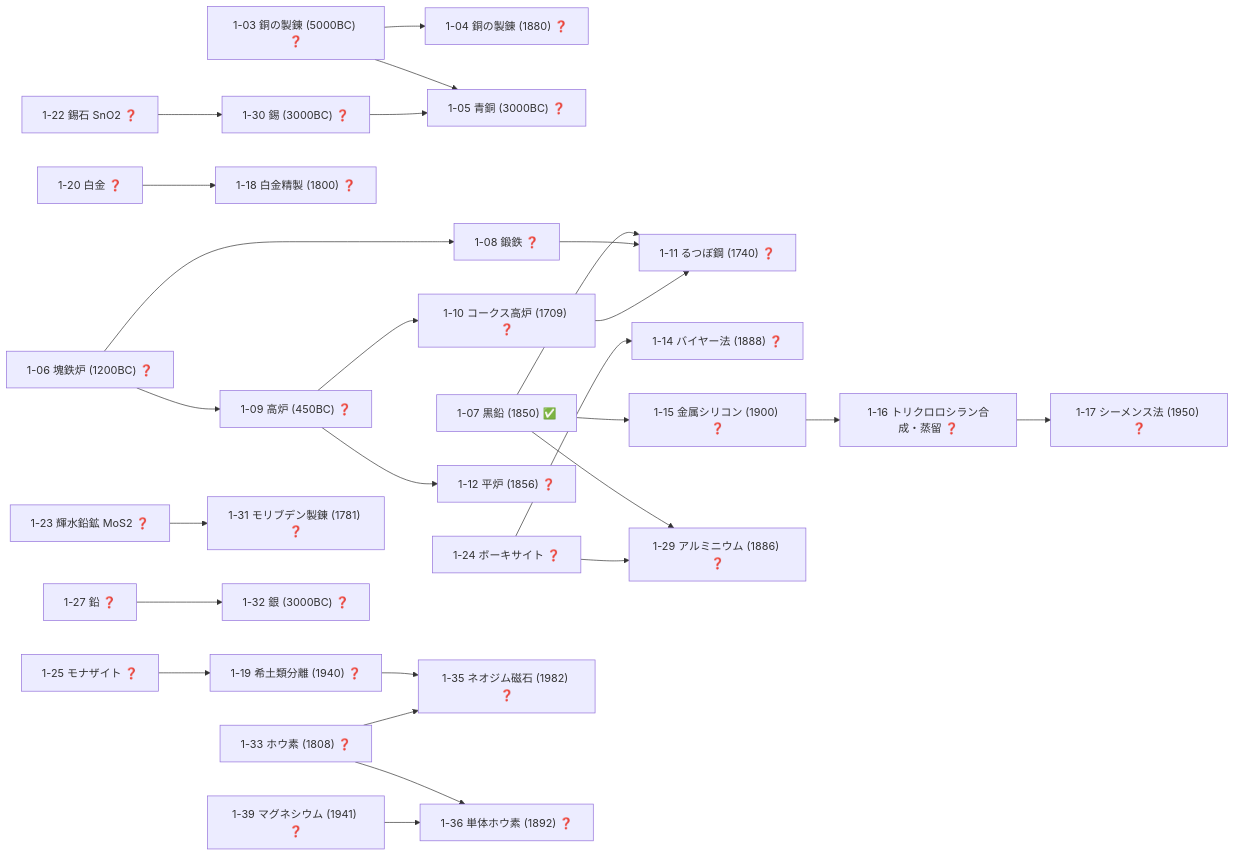
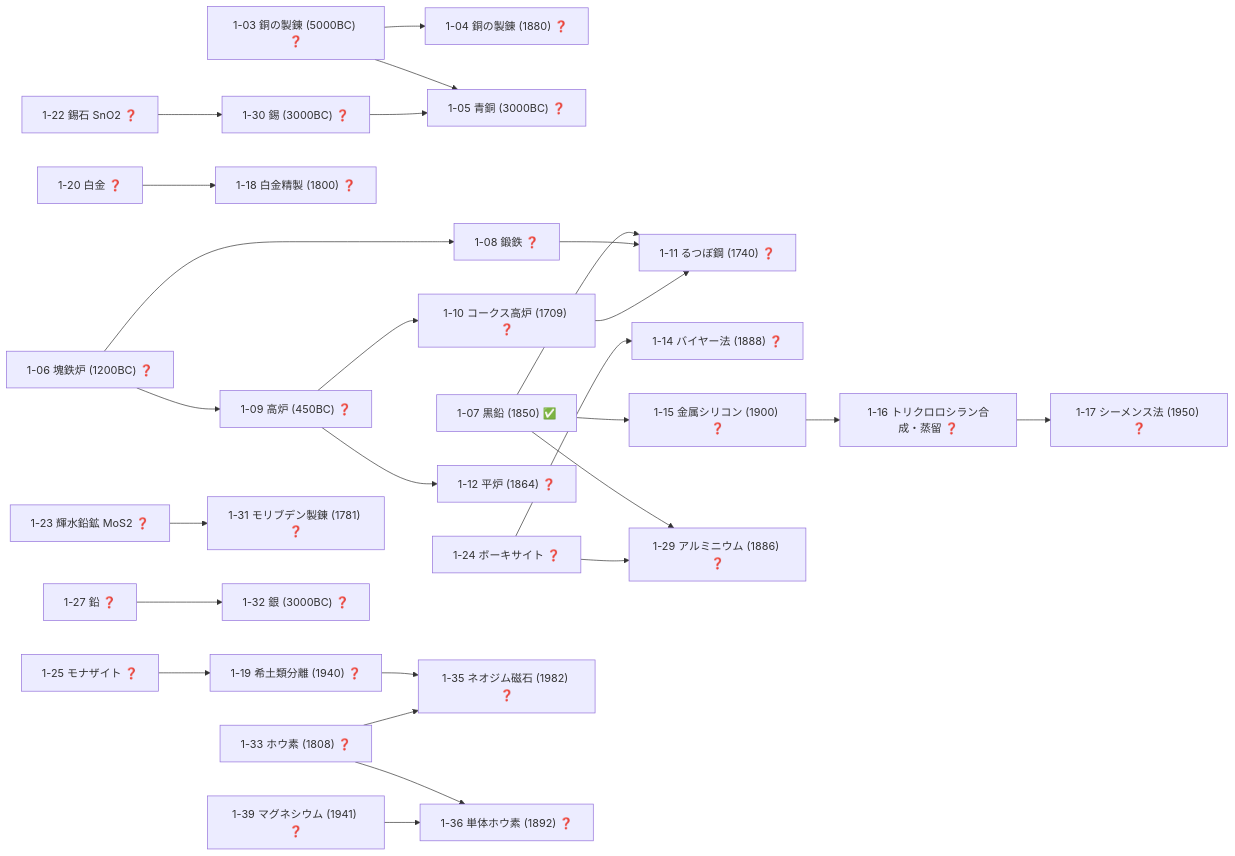
One commit to taku3i0317-collab/semiconductor-lab changed the fourth of 19 diagrams in docs/TECH_TREE_VIEW.md. Above: the diagram before and after it, drawn with Mermaid. The commit also changed other lines of this file and 2 other files, not shown here.

````diff
--- a/docs/TECH_TREE_VIEW.md
+++ b/docs/TECH_TREE_VIEW.md
@@ -159,58 +159,58 @@
 ```mermaid
 graph LR
   n1_03["1-03 銅の製錬 (5000BC) ❓"]
   n1_04["1-04 銅の製錬 (1880) ❓"]
   n1_05["1-05 青銅 (3000BC) ❓"]
   n1_06["1-06 塊鉄炉 (1200BC) ❓"]
   n1_07["1-07 黒鉛 (1850) ✅"]
   n1_08["1-08 鍛鉄 ❓"]
   n1_09["1-09 高炉 (450BC) ❓"]
   n1_10["1-10 コークス高炉 (1709) ❓"]
   n1_11["1-11 るつぼ鋼 (1740) ❓"]
-  n1_12["1-12 平炉 (1856) ❓"]
+  n1_12["1-12 平炉 (1864) ❓"]
   n1_14["1-14 バイヤー法 (1888) ❓"]
   n1_15["1-15 金属シリコン (1900) ❓"]
   n1_16["1-16 トリクロロシラン合成・蒸留 ❓"]
   n1_17["1-17 シーメンス法 (1950) ❓"]
   n1_18["1-18 白金精製 (1800) ❓"]
   n1_19["1-19 希土類分離 (1940) ❓"]
   n1_20["1-20 白金 ❓"]
   n1_22["1-22 錫石 SnO2 ❓"]
   n1_23["1-23 輝水鉛鉱 MoS2 ❓"]
   n1_24["1-24 ボーキサイト ❓"]
   n1_25["1-25 モナザイト ❓"]
   n1_27["1-27 鉛 ❓"]
   n1_29["1-29 アルミニウム (1886) ❓"]
   n1_30["1-30 錫 (3000BC) ❓"]
   n1_31["1-31 モリブデン製錬 (1781) ❓"]
   n1_32["1-32 銀 (3000BC) ❓"]
   n1_33["1-33 ホウ素 (1808) ❓"]
   n1_35["1-35 ネオジム磁石 (1982) ❓"]
   n1_36["1-36 単体ホウ素 (1892) ❓"]
   n1_39["1-39 マグネシウム (1941) ❓"]
   n1_03-->n1_04
   n1_03-->n1_05
   n1_30-->n1_05
   n1_06-->n1_08
   n1_06-->n1_09
   n1_09-->n1_10
   n1_07-->n1_11
   n1_08-->n1_11
   n1_10-->n1_11
   n1_09-->n1_12
   n1_24-->n1_14
   n1_07-->n1_15
   n1_15-->n1_16
   n1_16-->n1_17
   n1_20-->n1_18
   n1_25-->n1_19
   n1_07-->n1_29
   n1_24-->n1_29
   n1_22-->n1_30
   n1_23-->n1_31
   n1_27-->n1_32
   n1_19-->n1_35
   n1_33-->n1_35
   n1_33-->n1_36
   n1_39-->n1_36
 ```
````
